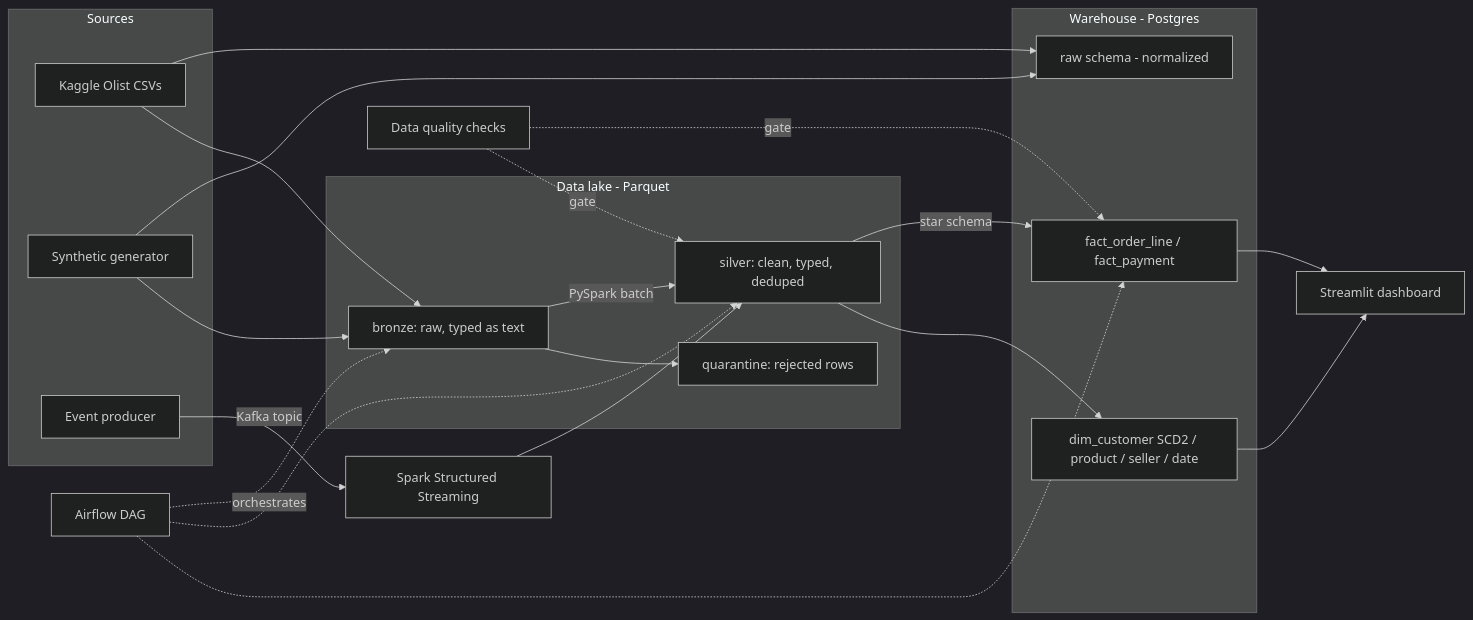
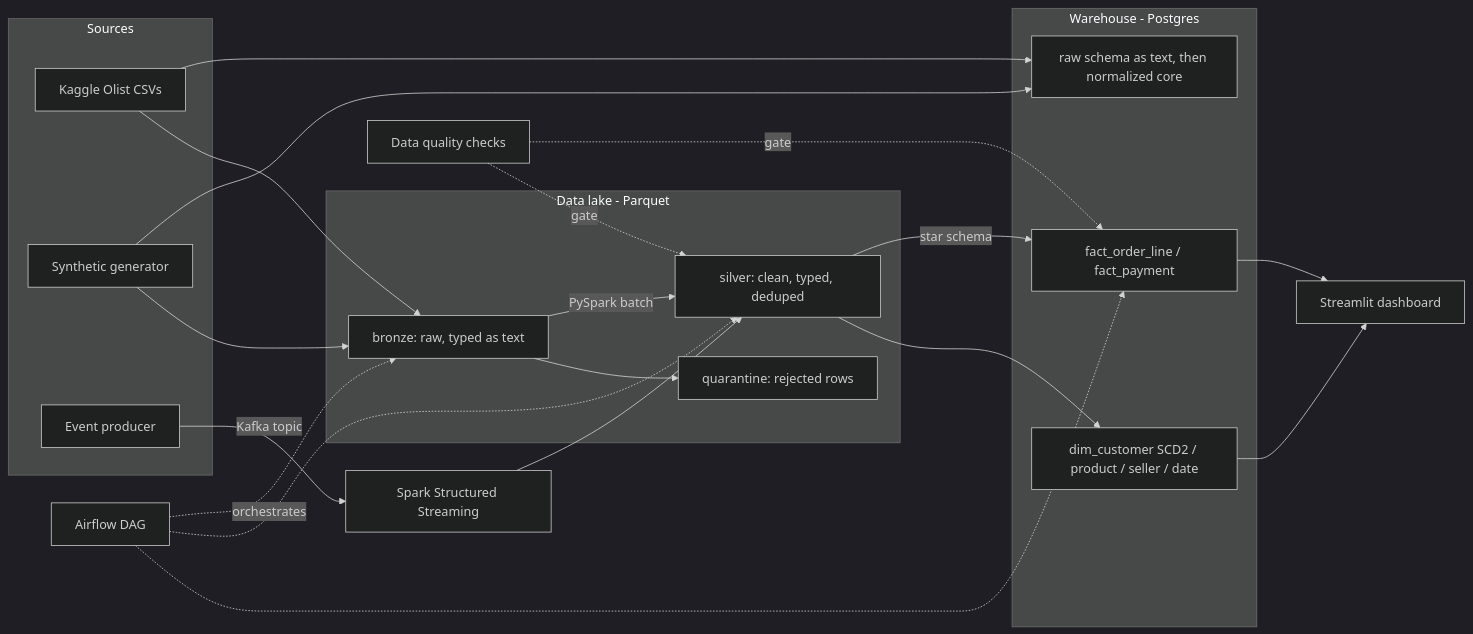
One commit to manojhunasimarad/ETL changed the diagram in docs/ROADMAP.md. Above: the diagram before and after it, drawn with Mermaid (dark theme). The commit also changed other lines of this file and 19 other files, not shown here.

````diff
--- a/docs/ROADMAP.md
+++ b/docs/ROADMAP.md
@@ -54,34 +57,34 @@
 ```mermaid
 flowchart LR
     subgraph sources[Sources]
         K[Kaggle Olist CSVs]
         G[Synthetic generator]
         P[Event producer]
     end
     subgraph lake[Data lake - Parquet]
         B[bronze: raw, typed as text]
         S[silver: clean, typed, deduped]
         Q[quarantine: rejected rows]
     end
     subgraph wh[Warehouse - Postgres]
-        R[raw schema - normalized]
+        R[raw schema as text, then normalized core]
         F[fact_order_line / fact_payment]
         D[dim_customer SCD2 / product / seller / date]
     end
     K --> R
     G --> R
     K --> B
     G --> B
     P -->|Kafka topic| SS[Spark Structured Streaming] --> S
     B -->|PySpark batch| S
     B --> Q
     S -->|star schema| F
     S --> D
     F --> M[Streamlit dashboard]
     D --> M
     AF[Airflow DAG] -.orchestrates.-> B
     AF -.-> S
     AF -.-> F
     DQ[Data quality checks] -.gate.-> S
     DQ -.gate.-> F
 ```
````
